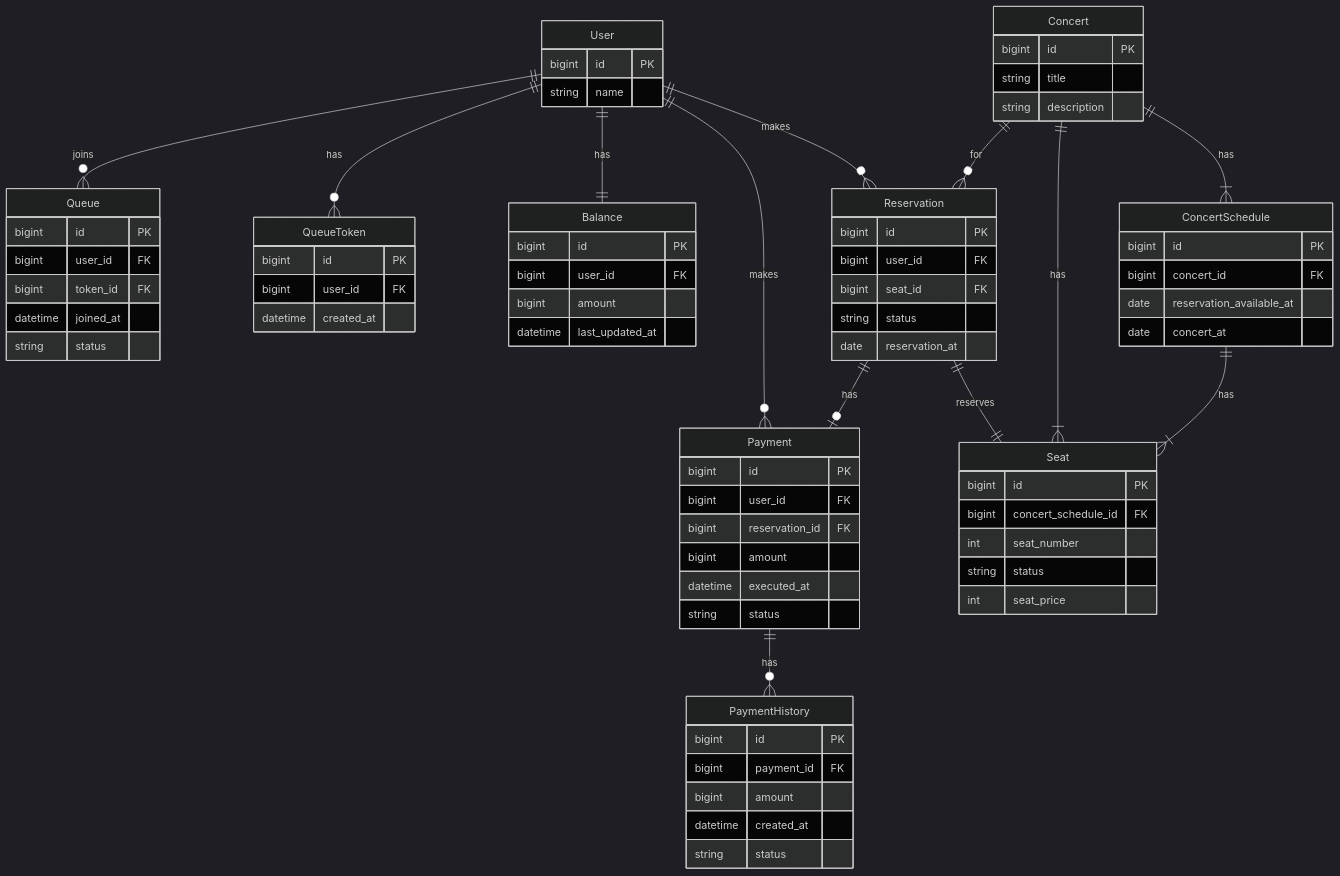
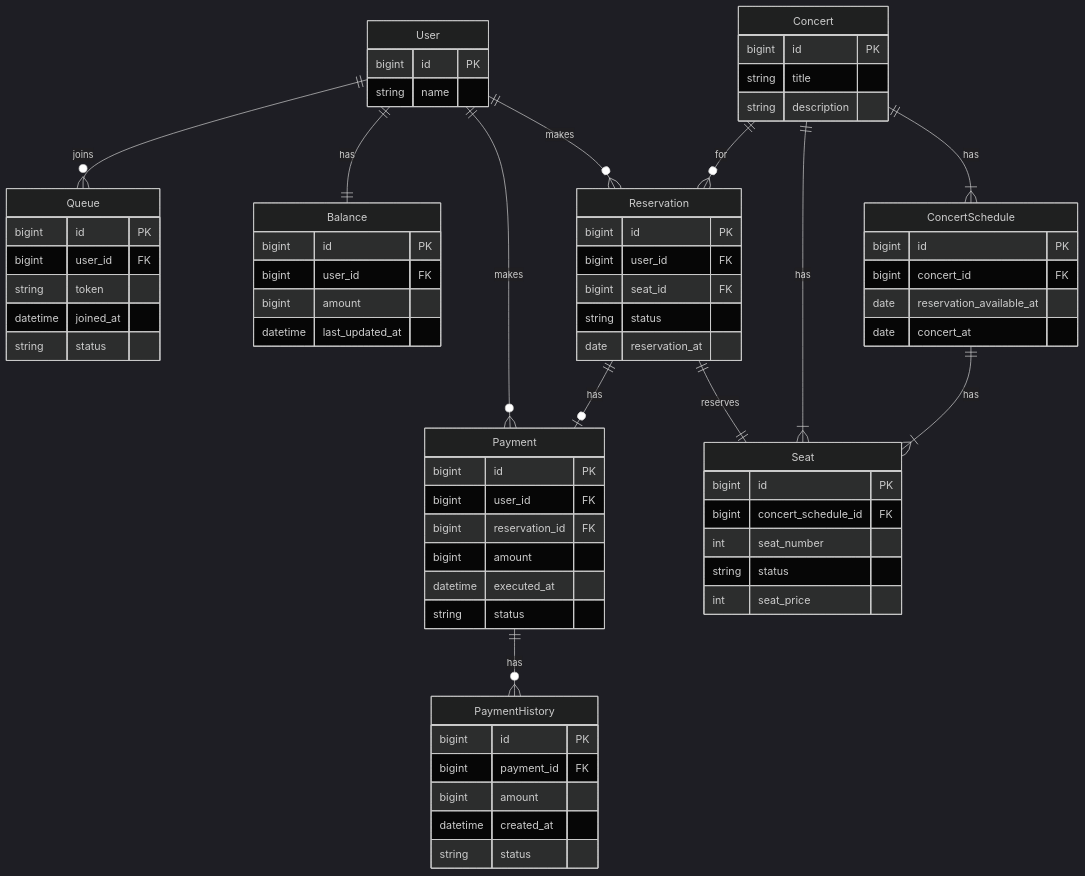
One commit to mingj7235/concert changed the diagram in docs/03_ERD.md. Above: the diagram before and after it, drawn with Mermaid (dark theme). The commit also changed 8 other files, not shown here.

Commit message:
feat : erd 변경, queueToken 삭제, queue 테이블에 token 필드 추가, interceptor, webConfig DI 설정

```diff
--- a/docs/03_ERD.md
+++ b/docs/03_ERD.md
@@ -4,7 +4,6 @@
     User ||--o{ Reservation : makes
     User ||--o{ Payment : makes
     User ||--|| Balance : has
-    User ||--o{ QueueToken : has
     User ||--o{ Queue : joins
     Concert ||--|{ ConcertSchedule : has
     Concert ||--|{ Seat : has
@@ -55,16 +54,10 @@
         datetime last_updated_at
     }
 
-    QueueToken {
-        bigint id PK
-        bigint user_id FK
-        datetime created_at
-    }
-
     Queue {
         bigint id PK
         bigint user_id FK
-        bigint token_id FK
+        string token
         datetime joined_at
         string status
     }
```
